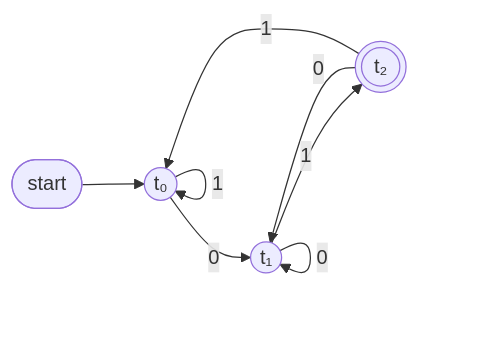
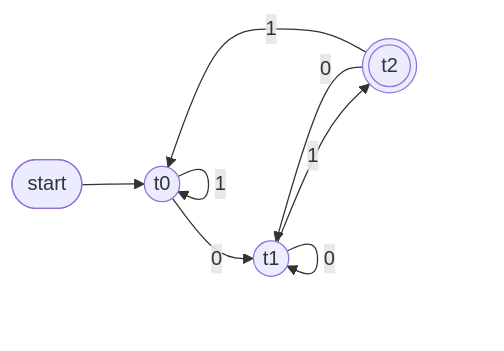
The third of 5 diagrams in Lecture-Notes/Ch12_Structures-and-Finite-Automata/Concepts_Lecture.md (Choroning/25Fall_Discrete-Mathematics), drawn with Mermaid before and after one commit. The commit also changed other lines of this file and 37 other files, not shown here.

````diff
--- a/Lecture-Notes/Ch12_Structures-and-Finite-Automata/Concepts_Lecture.md
+++ b/Lecture-Notes/Ch12_Structures-and-Finite-Automata/Concepts_Lecture.md
@@ -466,10 +468,10 @@
 ```mermaid
 graph LR
-    st([start]) --> t0((t₀))
+    st([start]) --> t0((t0))
     t0 -->|1| t0
-    t0 -->|0| t1((t₁))
+    t0 -->|0| t1((t1))
     t1 -->|0| t1
-    t1 -->|1| t2(((t₂)))
+    t1 -->|1| t2(((t2)))
     t2 -->|0| t1
     t2 -->|1| t0
 ```
````
